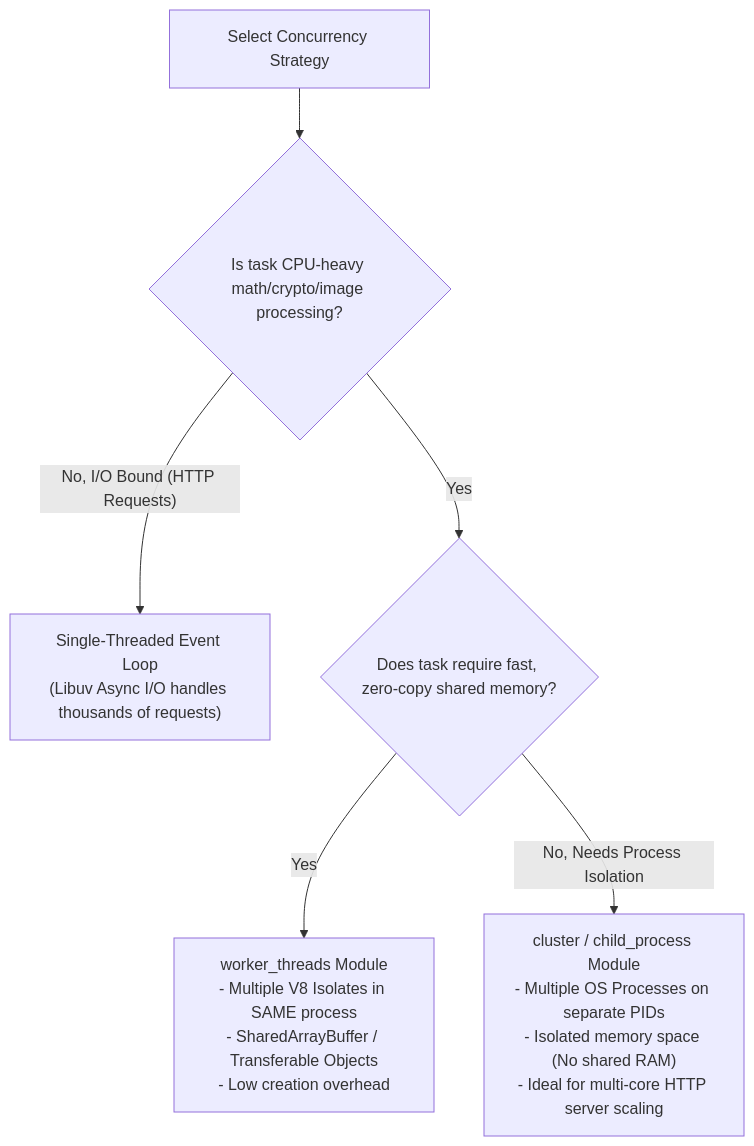
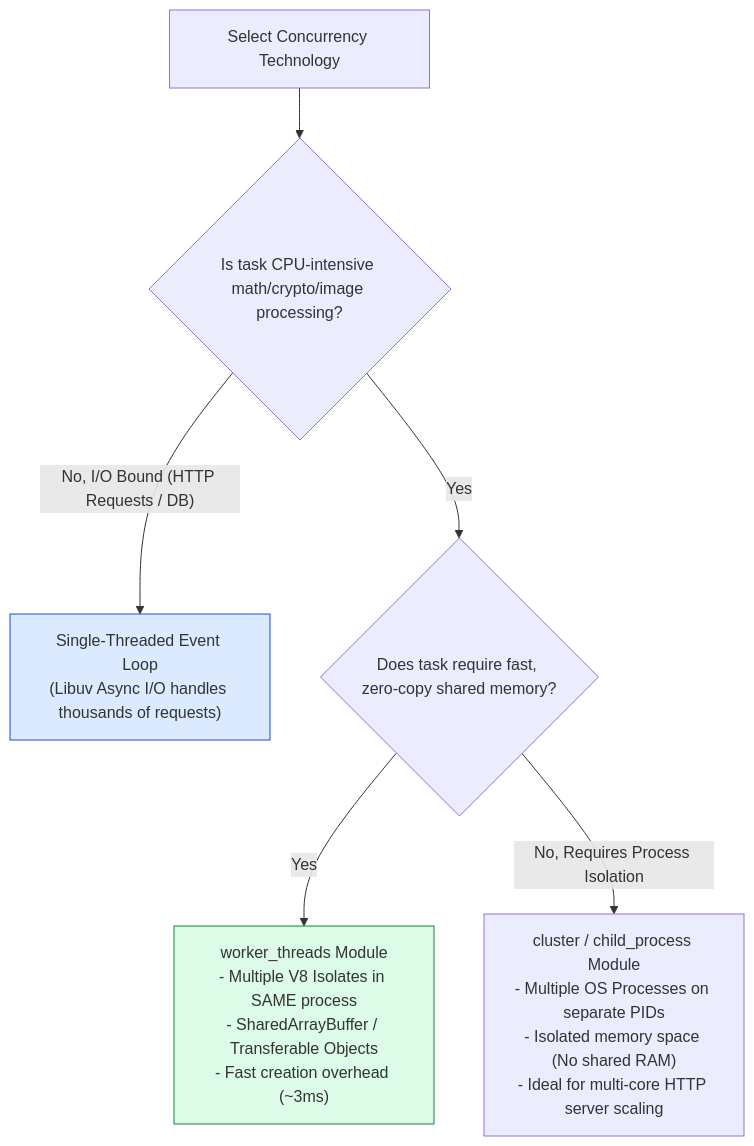
One commit to Amie-dev/engineering-playbook changed the second of 3 diagrams in nodejs-notes/18-worker-threads.md. Above: the diagram before and after it, drawn with Mermaid. The commit also changed other lines of this file and 31 other files, not shown here.

````diff
--- a/nodejs-notes/18-worker-threads.md
+++ b/nodejs-notes/18-worker-threads.md
@@ -43,12 +48,15 @@
 ```mermaid
 flowchart TD
-    Choice[Select Concurrency Strategy] --> IsCpuBound{Is task CPU-heavy math/crypto/image processing?}
+    Choice[Select Concurrency Technology] --> IsCpuBound{Is task CPU-intensive math/crypto/image processing?}
     
-    IsCpuBound -- No, I/O Bound (HTTP Requests) --> SingleThread["Single-Threaded Event Loop<br/>(Libuv Async I/O handles thousands of requests)"]
+    IsCpuBound -- "No, I/O Bound (HTTP Requests / DB)" --> SingleThread["Single-Threaded Event Loop<br/>(Libuv Async I/O handles thousands of requests)"]
 
-    IsCpuBound -- Yes --> MemoryNeed{Does task require fast, zero-copy shared memory?}
+    IsCpuBound -- "Yes" --> MemoryNeed{Does task require fast, zero-copy shared memory?}
 
-    MemoryNeed -- Yes --> WorkerThreads["worker_threads Module<br/>- Multiple V8 Isolates in SAME process<br/>- SharedArrayBuffer / Transferable Objects<br/>- Low creation overhead"]
+    MemoryNeed -- "Yes" --> WorkerThreads["worker_threads Module<br/>- Multiple V8 Isolates in SAME process<br/>- SharedArrayBuffer / Transferable Objects<br/>- Fast creation overhead (~3ms)"]
 
-    MemoryNeed -- No, Needs Process Isolation --> ClusterModule["cluster / child_process Module<br/>- Multiple OS Processes on separate PIDs<br/>- Isolated memory space (No shared RAM)<br/>- Ideal for multi-core HTTP server scaling"]
+    MemoryNeed -- "No, Requires Process Isolation" --> ClusterModule["cluster / child_process Module<br/>- Multiple OS Processes on separate PIDs<br/>- Isolated memory space (No shared RAM)<br/>- Ideal for multi-core HTTP server scaling"]
+
+    style WorkerThreads fill:#dcfce7,stroke:#15803d
+    style SingleThread fill:#dbeafe,stroke:#1d4ed8
 ```
````
